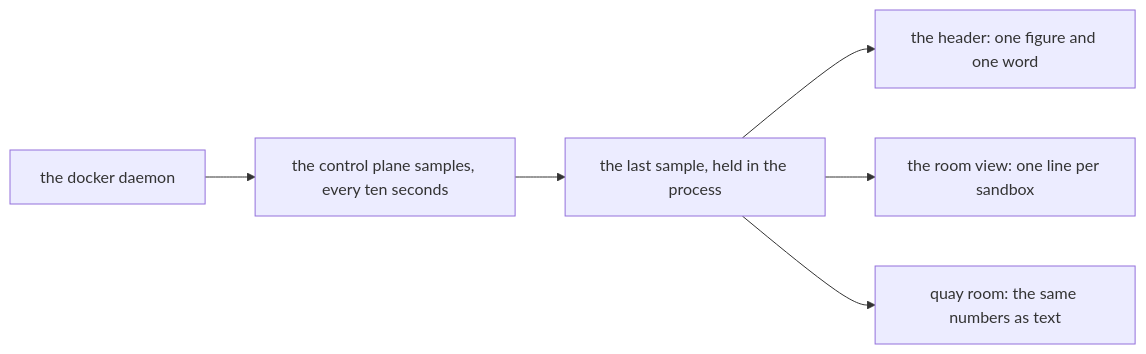
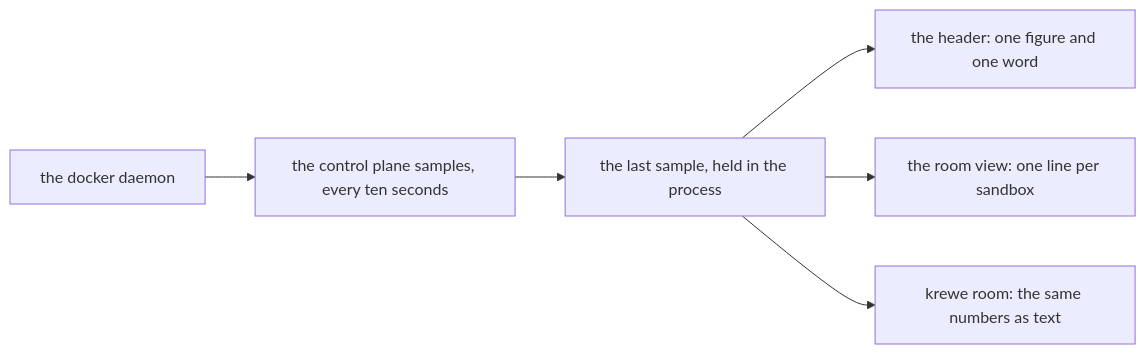
One commit to atlantic-blue/quay-crew changed the second of 3 diagrams in docs/OBSERVABILITY.md. Above: the diagram before and after it, drawn with Mermaid. The commit also changed other lines of this file and 27 other files, not shown here.

````diff
--- a/docs/OBSERVABILITY.md
+++ b/docs/OBSERVABILITY.md
@@ -129,8 +129,8 @@
 ```mermaid
 flowchart LR
     D["the docker daemon"] --> S["the control plane samples, every ten seconds"]
     S --> L["the last sample, held in the process"]
     L --> H["the header: one figure and one word"]
     L --> V["the room view: one line per sandbox"]
-    L --> R["quay room: the same numbers as text"]
+    L --> R["krewe room: the same numbers as text"]
 ```
````
